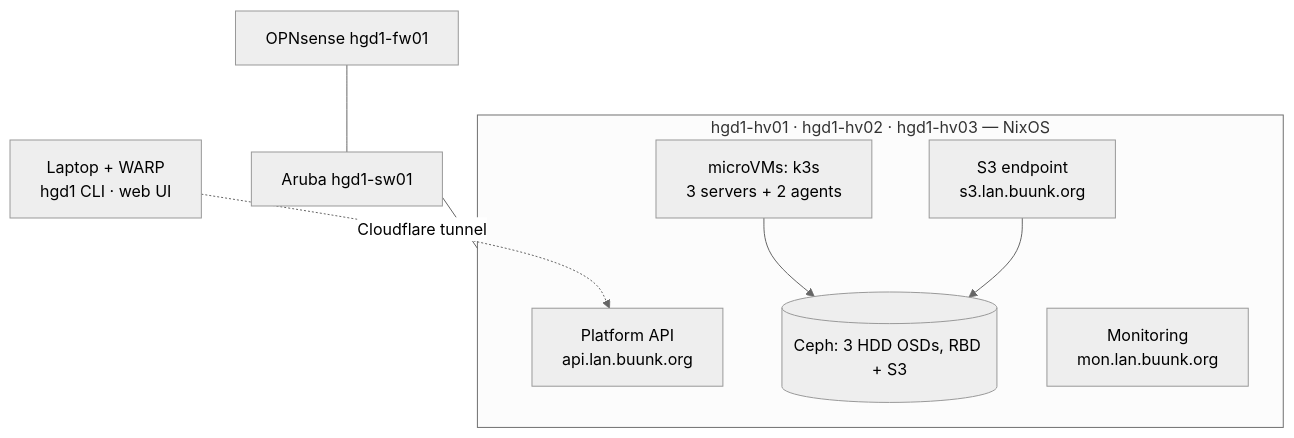
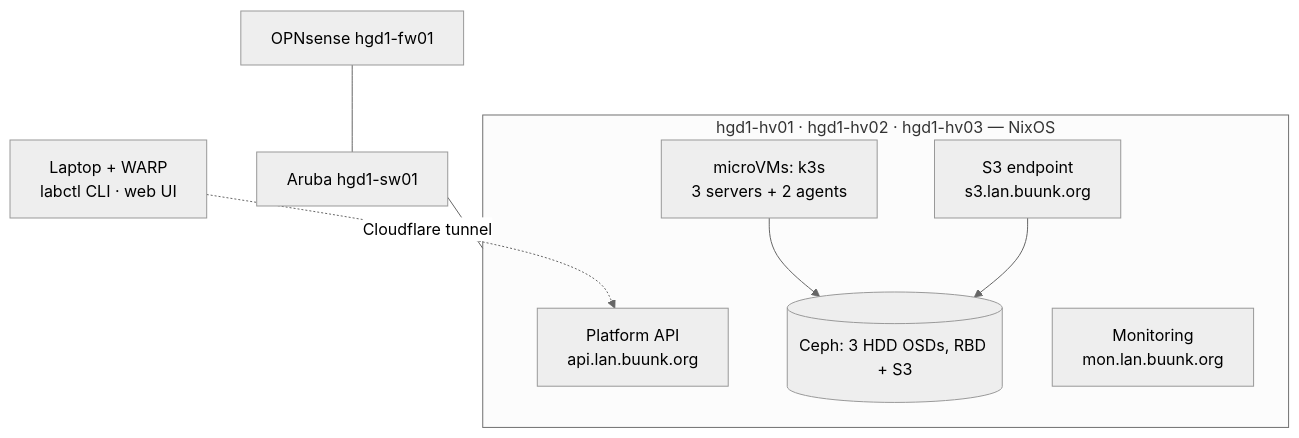
Before and after one commit to jurrebuunk/nix-cluster: the diagram in README.md, drawn with Mermaid (neutral theme). The commit also changed other lines of this file and 21 other files, not shown here.

First line of the commit message:
Docs: the CLI is labctl, built in the clusterd repo

````diff
--- a/README.md
+++ b/README.md
@@ -33,14 +33,14 @@
 ```mermaid
 flowchart TB
-  laptop[Laptop + WARP<br/>hgd1 CLI · web UI] -. Cloudflare tunnel .-> api
+  laptop[Laptop + WARP<br/>labctl CLI · web UI] -. Cloudflare tunnel .-> api
   fw[OPNsense hgd1-fw01] --- sw[Aruba hgd1-sw01] --- hosts
   subgraph hosts [hgd1-hv01 · hgd1-hv02 · hgd1-hv03 — NixOS]
     ceph[(Ceph: 3 HDD OSDs, RBD + S3)]
     s3[S3 endpoint<br/>s3.lan.buunk.org]
     mon[Monitoring<br/>mon.lan.buunk.org]
     vms[microVMs: k3s<br/>3 servers + 2 agents]
     api[Platform API<br/>api.lan.buunk.org]
   end
   vms --> ceph
   s3 --> ceph
 ```
````
